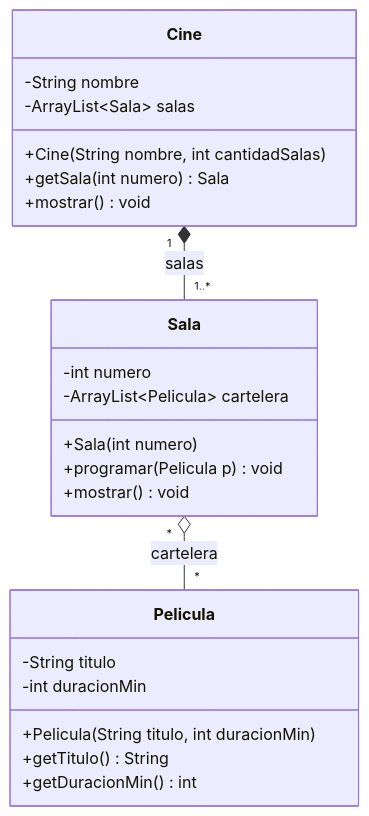
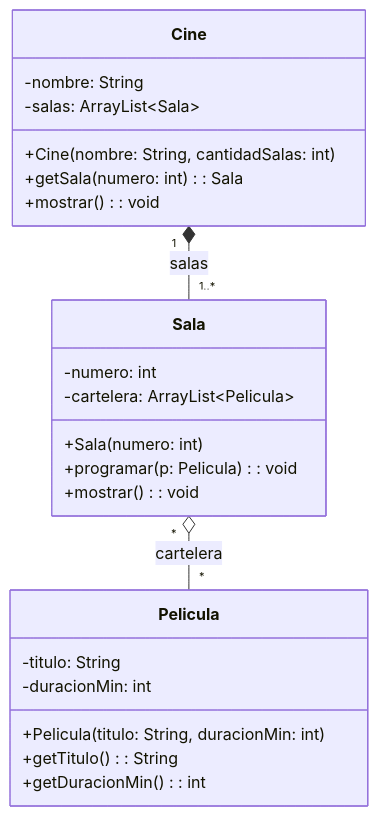
The third of 6 diagrams in PRACTICAS_CLASE.md (CursosProgramacionEP/USIL_SEMANA10), drawn with Mermaid before and after one commit. The commit also changed other lines of this file and 1 other file, not shown here.

First line of the commit message:
Diagramas UML en notacion estandar (nombre: Tipo) en README y PRACTICAS_CLASE

````diff
--- a/PRACTICAS_CLASE.md
+++ b/PRACTICAS_CLASE.md
@@ -142,26 +142,26 @@
 ```mermaid
 classDiagram
     class Cine {
-        -String nombre
-        -ArrayList~Sala~ salas
-        +Cine(String nombre, int cantidadSalas)
-        +getSala(int numero) Sala
-        +mostrar() void
+        -nombre: String
+        -salas: ArrayList~Sala~
+        +Cine(nombre: String, cantidadSalas: int)
+        +getSala(numero: int) : Sala
+        +mostrar() : void
     }
     class Sala {
-        -int numero
-        -ArrayList~Pelicula~ cartelera
-        +Sala(int numero)
-        +programar(Pelicula p) void
-        +mostrar() void
+        -numero: int
+        -cartelera: ArrayList~Pelicula~
+        +Sala(numero: int)
+        +programar(p: Pelicula) : void
+        +mostrar() : void
     }
     class Pelicula {
-        -String titulo
-        -int duracionMin
-        +Pelicula(String titulo, int duracionMin)
-        +getTitulo() String
-        +getDuracionMin() int
+        -titulo: String
+        -duracionMin: int
+        +Pelicula(titulo: String, duracionMin: int)
+        +getTitulo() : String
+        +getDuracionMin() : int
     }
     Cine "1" *-- "1..*" Sala : salas
     Sala "*" o-- "*" Pelicula : cartelera
 ```
````
